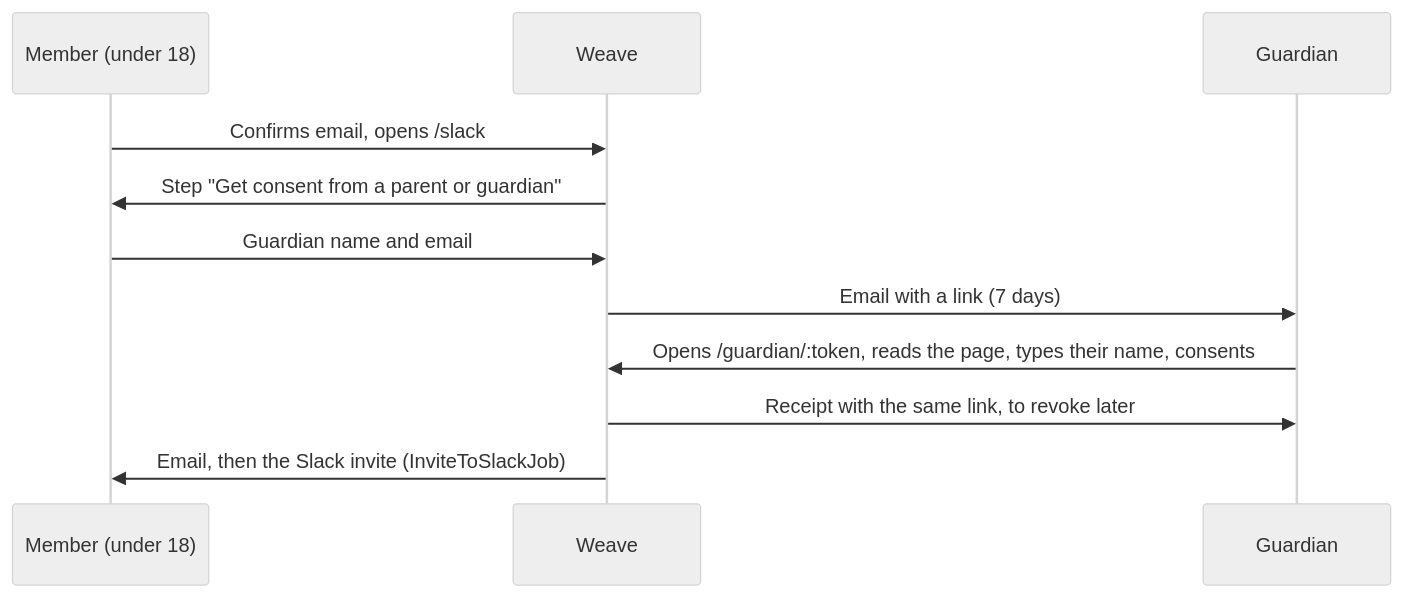
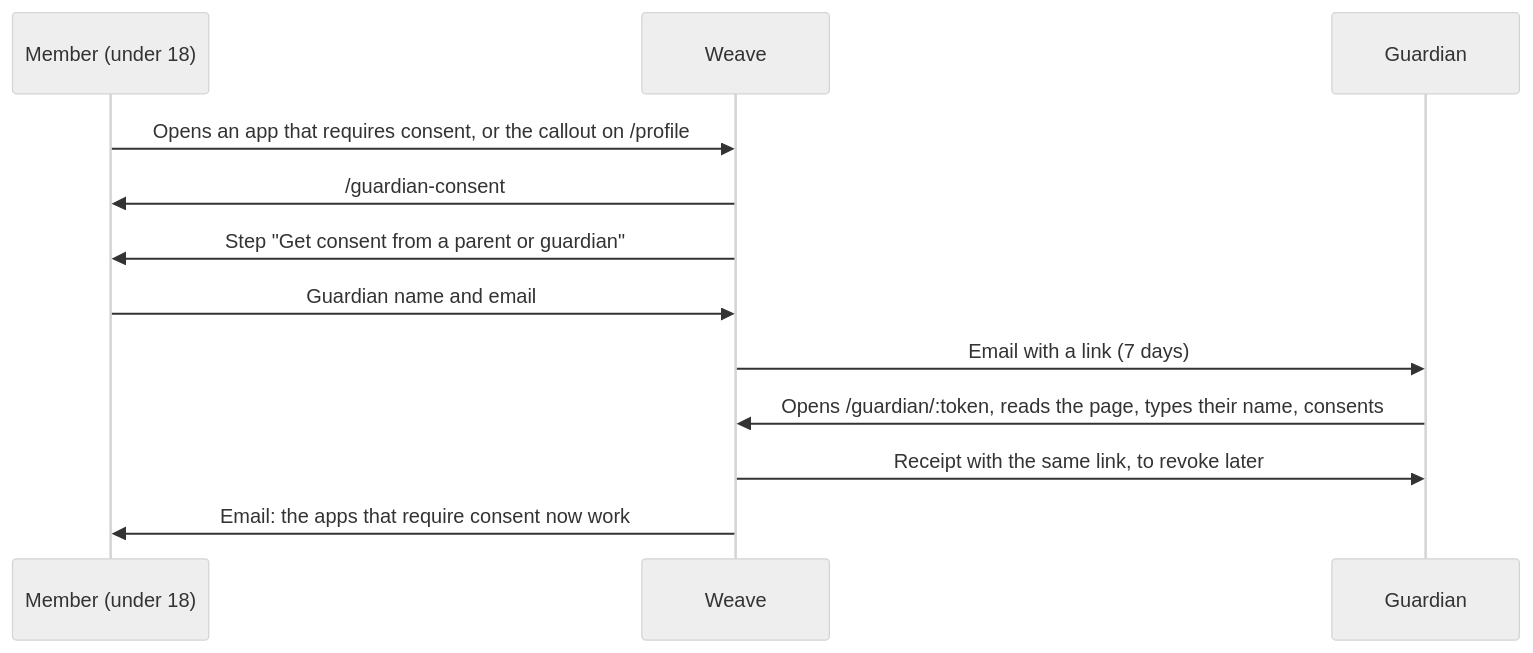
The diagram in docs/GUARDIAN_CONSENT.md (patchworklabsorg/weave), drawn with Mermaid (neutral theme) before and after one commit. The commit also changed other lines of this file and 27 other files, not shown here.

Commit message:
fix: stop gating the slack on guardian consent

````diff
--- a/docs/GUARDIAN_CONSENT.md
+++ b/docs/GUARDIAN_CONSENT.md
@@ -17,13 +17,14 @@
 ```mermaid
 sequenceDiagram
   participant M as Member (under 18)
   participant W as Weave
   participant G as Guardian
-  M->>W: Confirms email, opens /slack
+  M->>W: Opens an app that requires consent, or the callout on /profile
+  W->>M: /guardian-consent
   W->>M: Step "Get consent from a parent or guardian"
   M->>W: Guardian name and email
   W->>G: Email with a link (7 days)
   G->>W: Opens /guardian/:token, reads the page, types their name, consents
   W->>G: Receipt with the same link, to revoke later
-  W->>M: Email, then the Slack invite (InviteToSlackJob)
+  W->>M: Email: the apps that require consent now work
 ```
````
